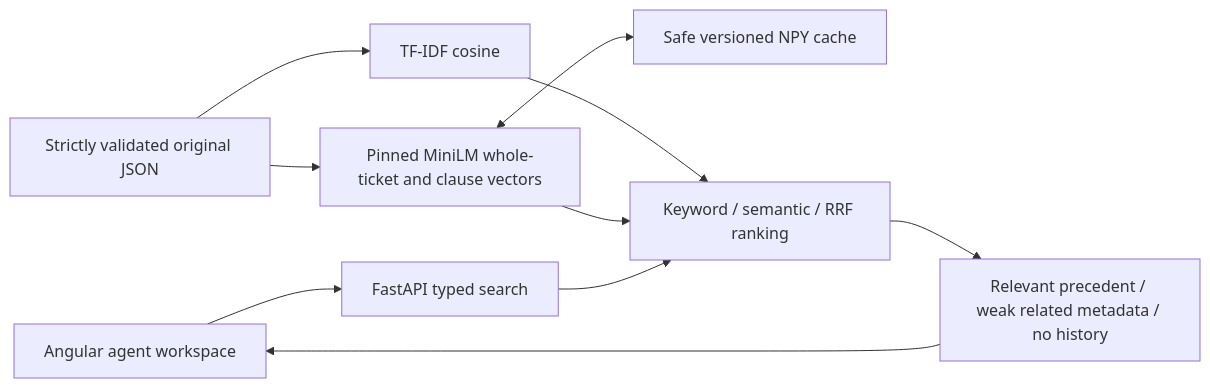
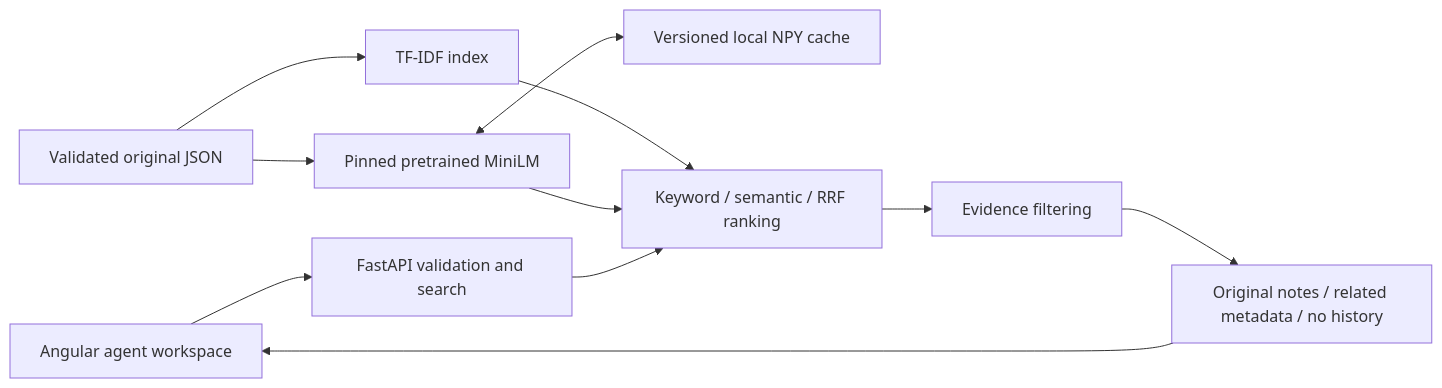
One commit to himanshunavin03/solari-ticket-assistant changed the diagram in SOLUTION_DESIGN.md. Above: the diagram before and after it, drawn with Mermaid. The commit also changed other lines of this file and 21 other files, not shown here.

````diff
--- a/SOLUTION_DESIGN.md
+++ b/SOLUTION_DESIGN.md
@@ -11,12 +11,13 @@
 ```mermaid
 flowchart LR
-  UI[Angular agent workspace] --> API[FastAPI typed search]
-  JSON[Strictly validated original JSON] --> KW[TF-IDF cosine]
-  JSON --> EMB[Pinned MiniLM whole-ticket and clause vectors]
-  EMB <--> CACHE[Safe versioned NPY cache]
+  UI[Angular agent workspace] --> API[FastAPI validation and search]
+  JSON[Validated original JSON] --> KW[TF-IDF index]
+  JSON --> EMB[Pinned pretrained MiniLM]
+  EMB <--> CACHE[Versioned local NPY cache]
   KW --> RANK[Keyword / semantic / RRF ranking]
   EMB --> RANK
   API --> RANK
-  RANK --> REVIEW[Relevant precedent / weak related metadata / no history]
+  RANK --> EVIDENCE[Evidence filtering]
+  EVIDENCE --> REVIEW[Original notes / related metadata / no history]
   REVIEW --> UI
 ```
````
